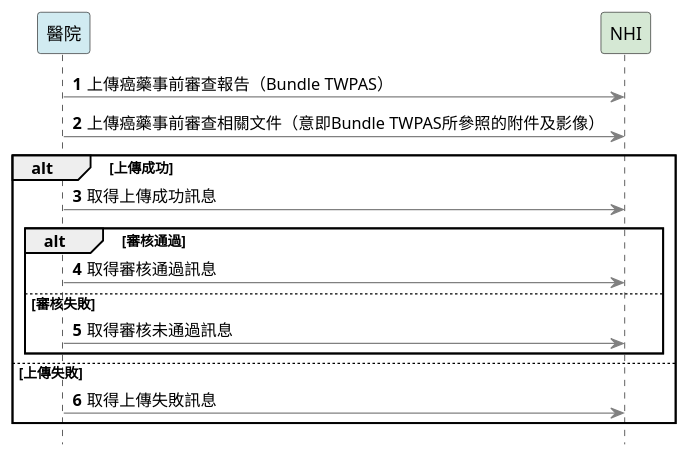
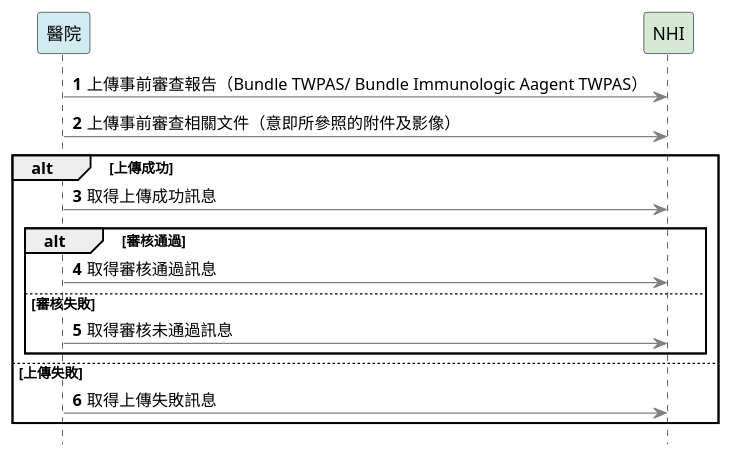
One commit to TWNHIFHIR/pas changed the diagram in input/images-source/index.plantuml. Above: the diagram before and after it, drawn with PlantUML. The commit also changed 35 other files, not shown here.

```diff
--- a/input/images-source/index.plantuml
+++ b/input/images-source/index.plantuml
@@ -1,26 +1,26 @@
 @startuml
 autonumber
 
 skinparam sequence {
 ArrowColor gray
 ActorBorderColor gray
 LifeLineBorderColor black
 }
 skinparam shadowing false
 hide footbox
 
 participant 醫院 #d1ebf1
 participant NHI  #D5E8D4
-醫院 -> NHI: 上傳癌藥事前審查報告（Bundle TWPAS）
-醫院 -> NHI: 上傳癌藥事前審查相關文件（意即Bundle TWPAS所參照的附件及影像）
+醫院 -> NHI: 上傳事前審查報告（Bundle TWPAS/ Bundle Immunologic Aagent TWPAS）
+醫院 -> NHI: 上傳事前審查相關文件（意即所參照的附件及影像）
 alt 上傳成功
     醫院 -> NHI: 取得上傳成功訊息
     alt 審核通過
         醫院 -> NHI: 取得審核通過訊息
     else 審核失敗
         醫院 -> NHI: 取得審核未通過訊息
     end
 else 上傳失敗
     醫院 -> NHI: 取得上傳失敗訊息
 end
 @enduml
```
